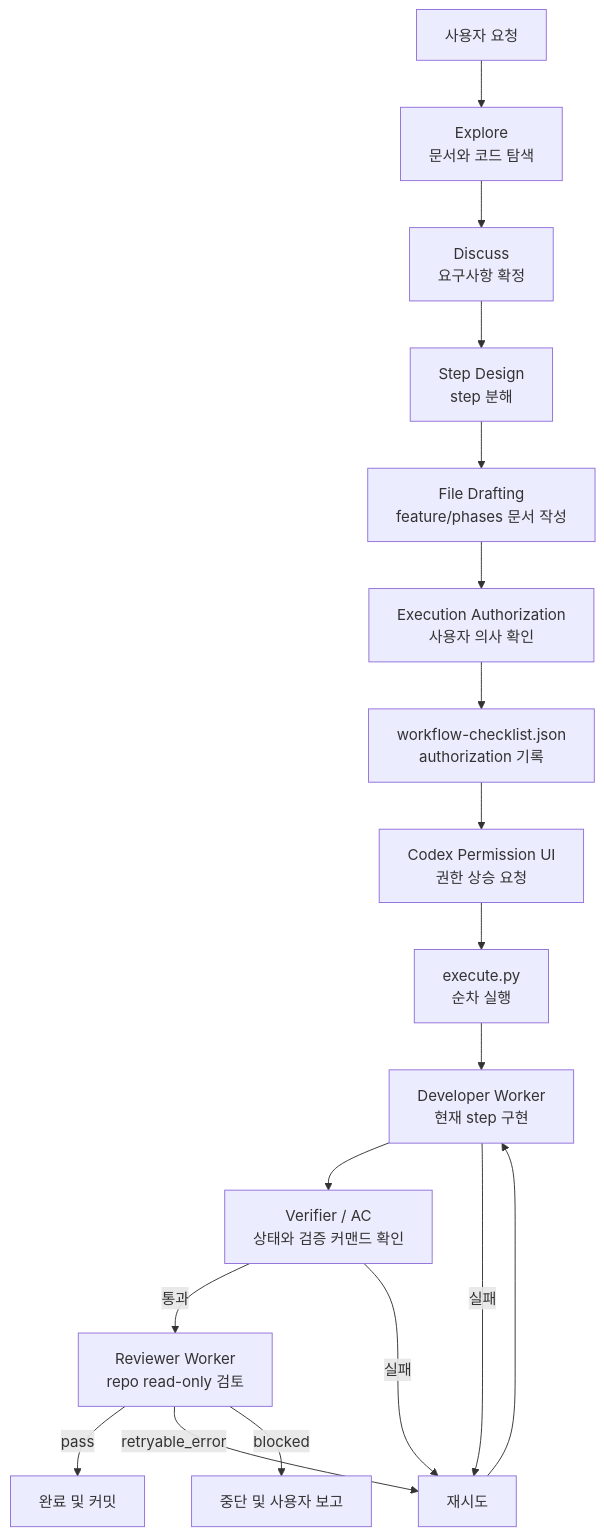
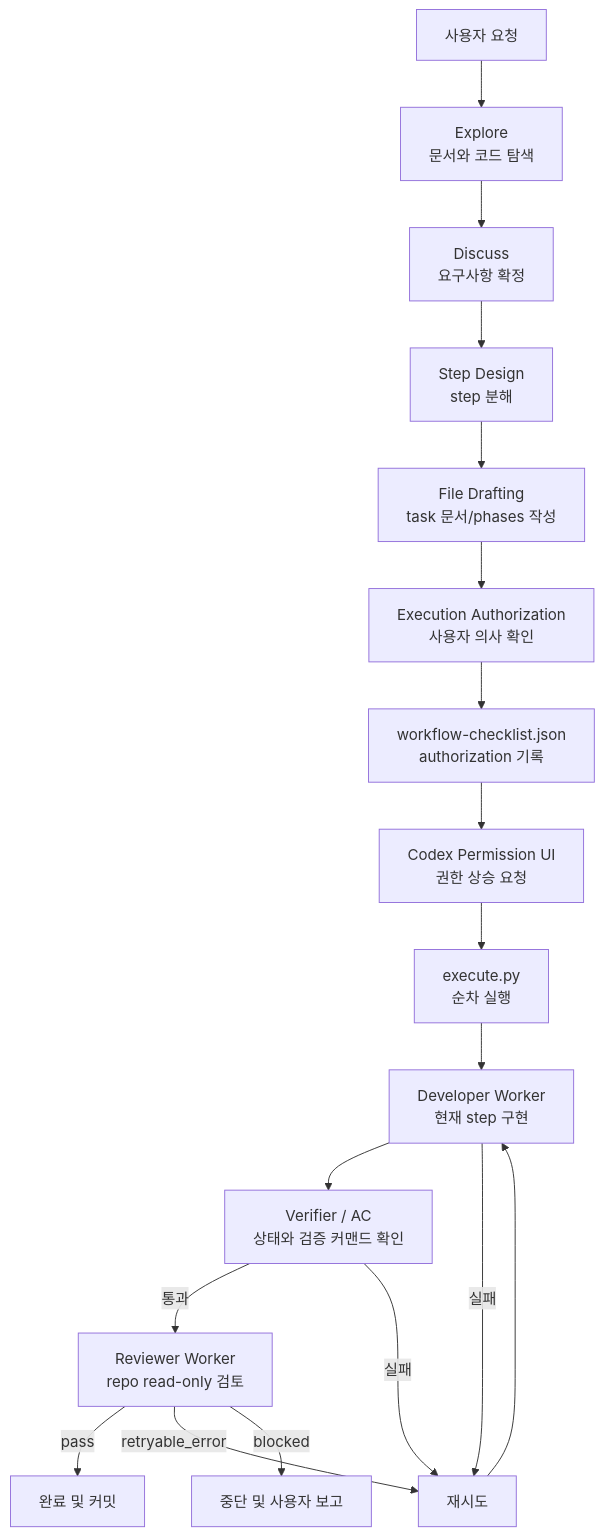
Before and after one commit to KimYeonWook511/commerce-backend: the diagram in docs/skills/dev-start.md, drawn with Mermaid. The commit also changed other lines of this file and 111 other files, not shown here.

````diff
--- a/docs/skills/dev-start.md
+++ b/docs/skills/dev-start.md
@@ -9,20 +9,20 @@
 ```mermaid
 flowchart TD
     A["사용자 요청"] --> B["Explore<br>문서와 코드 탐색"]
     B --> C["Discuss<br>요구사항 확정"]
     C --> D["Step Design<br>step 분해"]
-    D --> E["File Drafting<br>feature/phases 문서 작성"]
+    D --> E["File Drafting<br>task 문서/phases 작성"]
     E --> M["Execution Authorization<br>사용자 의사 확인"]
     M --> N["workflow-checklist.json<br>authorization 기록"]
     N --> O["Codex Permission UI<br>권한 상승 요청"]
     O --> F["execute.py<br>순차 실행"]
     F --> G["Developer Worker<br>현재 step 구현"]
     G --> H["Verifier / AC<br>상태와 검증 커맨드 확인"]
     H -->|통과| I["Reviewer Worker<br>repo read-only 검토"]
     H -->|실패| J["재시도"]
     G -->|실패| J
     I -->|pass| K["완료 및 커밋"]
     I -->|retryable_error| J
     I -->|blocked| L["중단 및 사용자 보고"]
     J --> G
 ```
````
